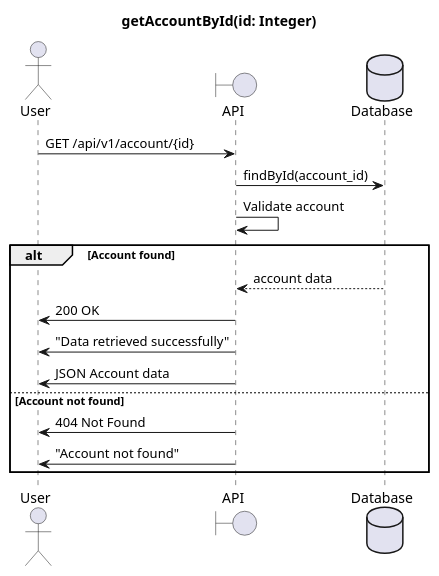
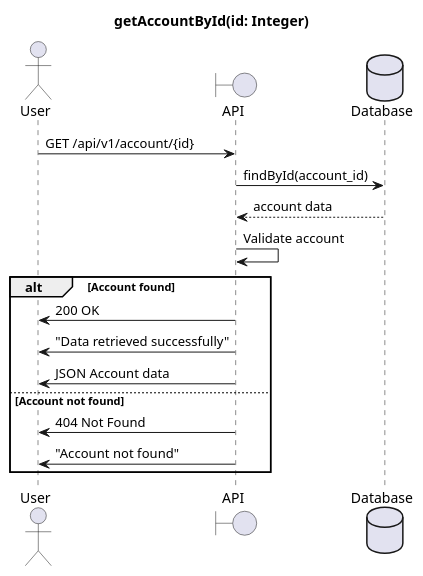
The diagram in PlantUML/Account/getAccountById.puml (b6428259/PriorLab1), drawn with PlantUML before and after one commit. The commit also changed 21 other files, not shown here.

```diff
--- a/PlantUML/Account/getAccountById.puml
+++ b/PlantUML/Account/getAccountById.puml
@@ -1,22 +1,24 @@
 @startuml
 title getAccountById(id: Integer)
 
 actor User as u
 boundary API as a
 database Database as d
 
 u->a : GET /api/v1/account/{id}
+
 a->d: findById(account_id)
+d-->a : account data
 a->a : Validate account
 
 alt Account found
-    d-->a : account data
+
     a->u : 200 OK
     a->u : "Data retrieved successfully"
     a->u : JSON Account data
 else Account not found
     a->u : 404 Not Found
     a->u : "Account not found"
 end
 
 @enduml
```
